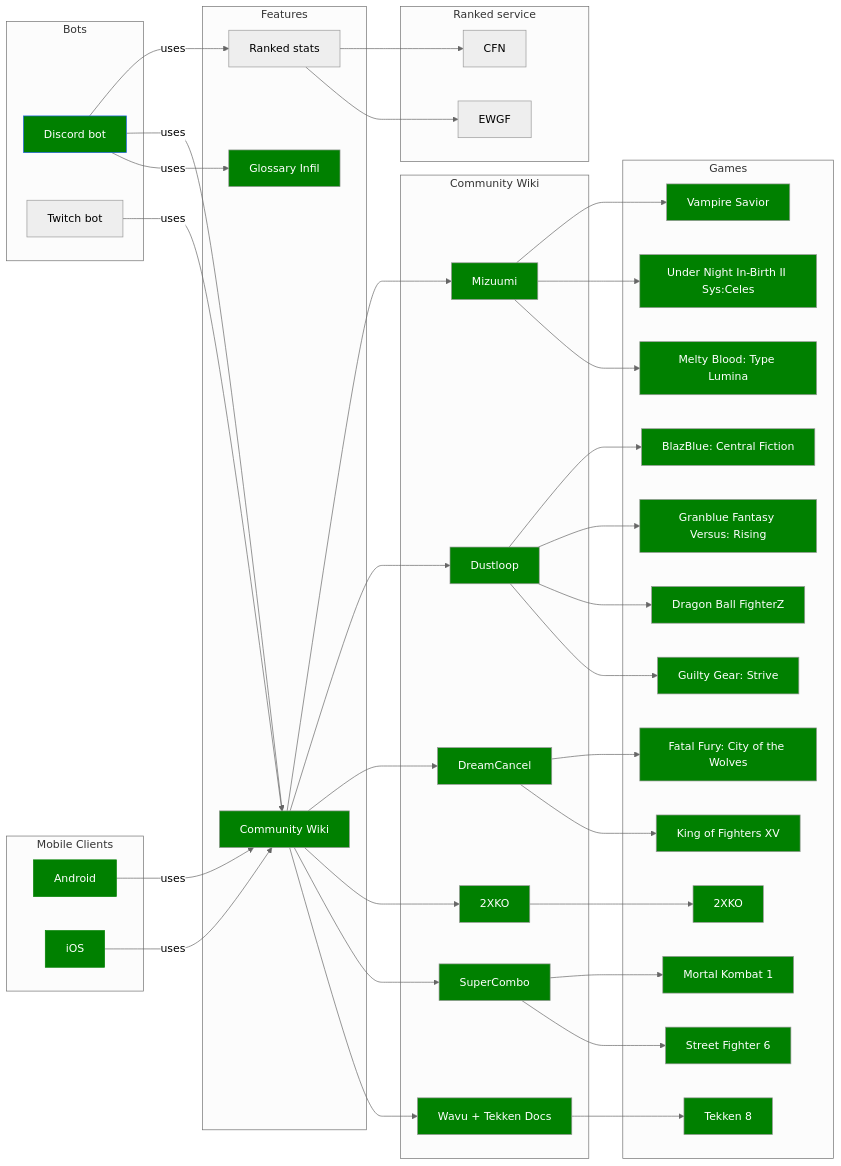
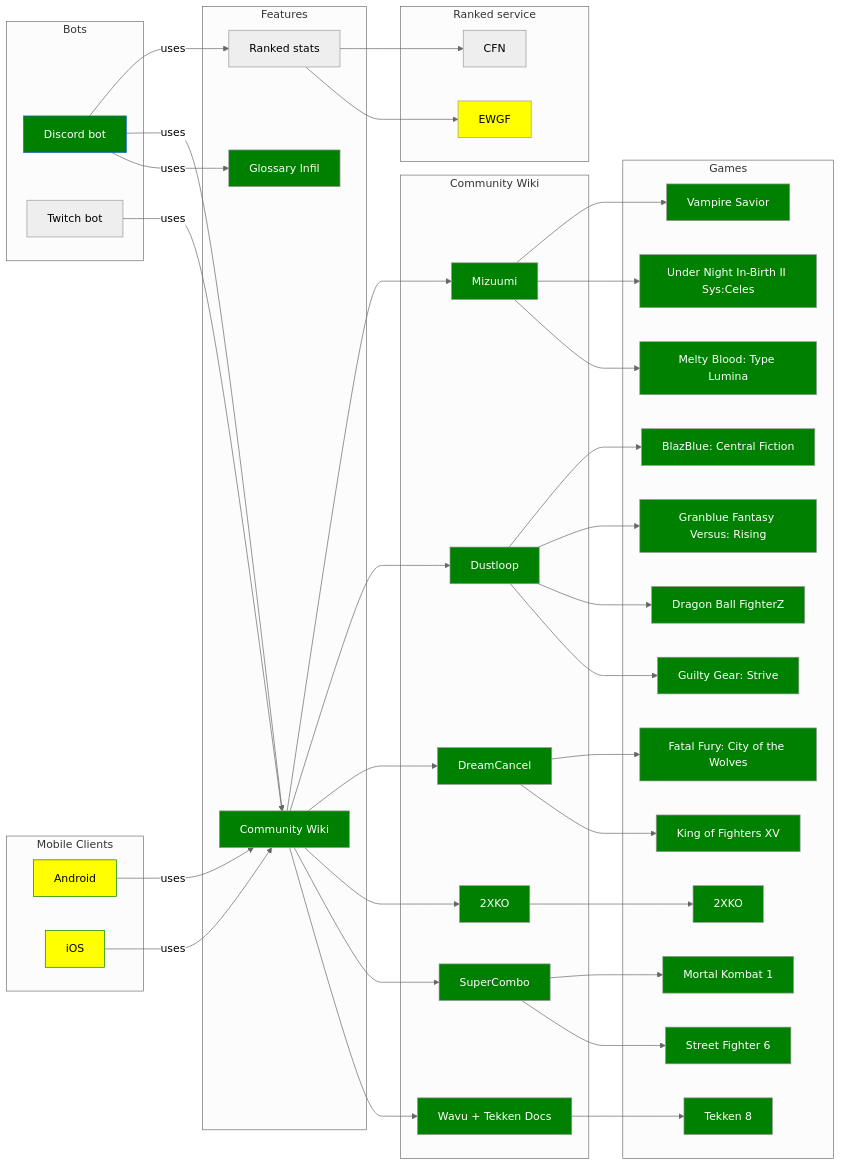
Before and after one commit to Sophon/FightingNerd: the diagram in mermaid/modules.mmd, drawn with Mermaid (neutral theme). The commit also changed 42 other files, not shown here.

```diff
--- a/mermaid/modules.mmd
+++ b/mermaid/modules.mmd
@@ -1,107 +1,109 @@
 graph LR
     classDef green fill:green,color:#000
     classDef grey fill:lightgrey,color:#000
+    classDef yellow fill:#FFEB3B,color:#000
 
     subgraph Bots
         discordBot[Discord bot]
         twitchBot[Twitch bot]
     end
 
     subgraph "Mobile Clients"
         android[Android]
         iOS[iOS]
     end
 
     subgraph Features
         glossaryInfil[Glossary Infil]
         communityWiki[Community Wiki]
         elo[Ranked stats]
     end
 
     subgraph Community Wiki
         wikiWavu[Wavu + Tekken Docs]
         supercombo[SuperCombo]
         2xko[2XKO]
         dustloop[Dustloop]
         dreamcancel[DreamCancel]
         mizuumi[Mizuumi]
     end
 
     subgraph Games
         t8[Tekken 8]
         sf6[Street Fighter 6]
         mk1[Mortal Kombat 1]
         ggst[Guilty Gear: Strive]
         dbfz[Dragon Ball FighterZ]
         gbvsr[Granblue Fantasy Versus: Rising]
         kof15[King of Fighters XV]
         cotw[Fatal Fury: City of the Wolves]
         xko[2XKO]
         melty[Melty Blood: Type Lumina]
         bbcf[BlazBlue: Central Fiction]
         uni2[Under Night In-Birth II Sys:Celes]
         vsav[Vampire Savior]
     end
 
     subgraph Ranked service
         ewgf[EWGF]
         cfn[CFN]
     end
 
     android -->|uses| communityWiki
     iOS -->|uses| communityWiki
 
     discordBot -->|uses| glossaryInfil
     discordBot -->|uses| communityWiki
     discordBot -->|uses| elo
     twitchBot -->|uses| communityWiki
 
     communityWiki --> wikiWavu
     communityWiki --> supercombo
     communityWiki --> 2xko
     communityWiki --> dreamcancel
     communityWiki --> dustloop
     communityWiki --> mizuumi
 
     elo --> ewgf
     elo --> cfn
 
     wikiWavu --> t8
     supercombo --> sf6
     supercombo --> mk1
     dustloop --> ggst
     dustloop --> dbfz
     dustloop --> gbvsr
     dustloop --> bbcf
     2xko --> xko
     dreamcancel --> kof15
     dreamcancel --> cotw
     mizuumi --> melty
     mizuumi --> uni2
     mizuumi --> vsav
 
 
     style discordBot fill:green,stroke:#2563EB, color:#fff
-    style android fill:green,stroke:green, color:#fff
-    style iOS fill:green,stroke:green, color:#fff
+    style android fill:yellow,stroke:green, color:#000
+    style iOS fill:yellow,stroke:green, color:#000
     style glossaryInfil fill:green, color:#fff
     style communityWiki fill:green, color:#fff
     style wikiWavu fill:green, color:#fff
     style supercombo fill:green, color:#fff
     style dreamcancel fill:green, color:#fff
     style dustloop fill:green, color:#fff
     style mizuumi fill:green, color:#fff
     style 2xko fill:green, color:#fff
     style t8 fill:green, color:#fff
     style sf6 fill:green, color:#fff
     style xko fill:green, color:#fff
     style kof15 fill:green, color:#fff
     style cotw fill:green, color:#fff
     style ggst fill:green, color:#fff
     style mk1 fill:green, color:#fff
     style dbfz fill:green, color:#fff
     style gbvsr fill:green, color:#fff
     style melty fill:green, color:#fff
     style bbcf fill:green, color:#fff
     style uni2 fill:green, color:#fff
     style vsav fill:green, color:#fff
+    style ewgf fill:yellow, color:#000
```
